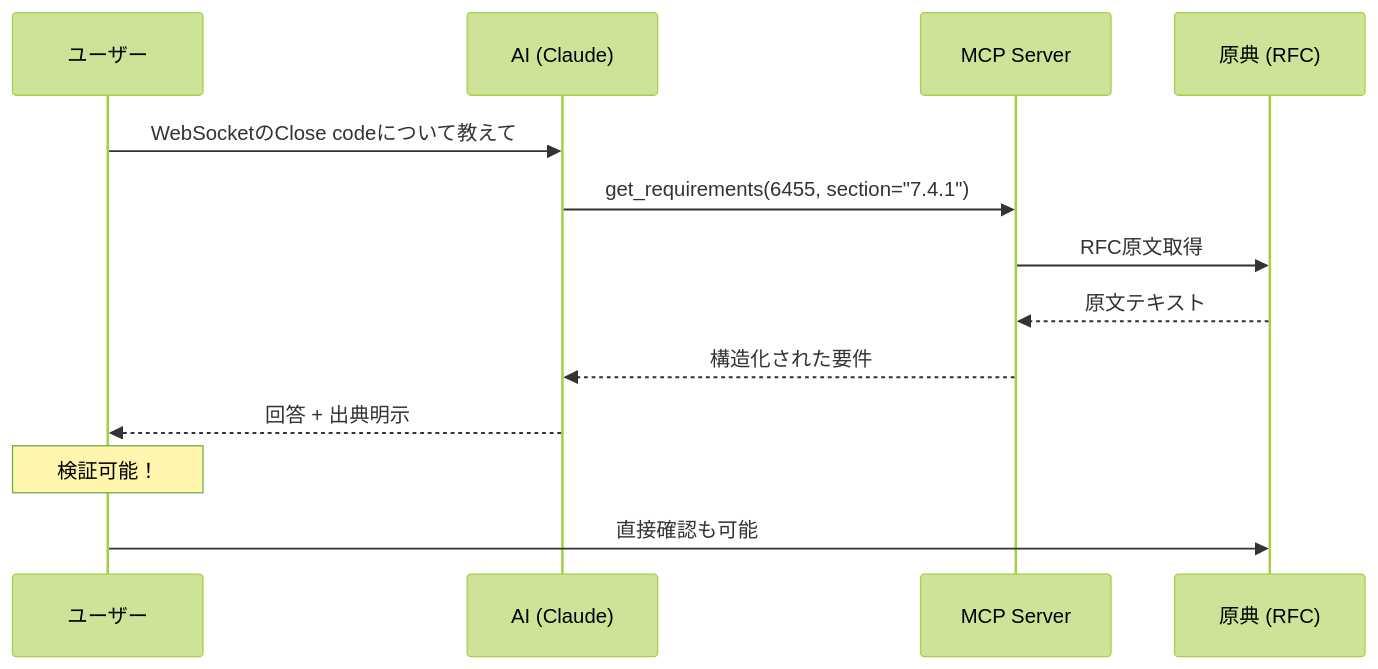
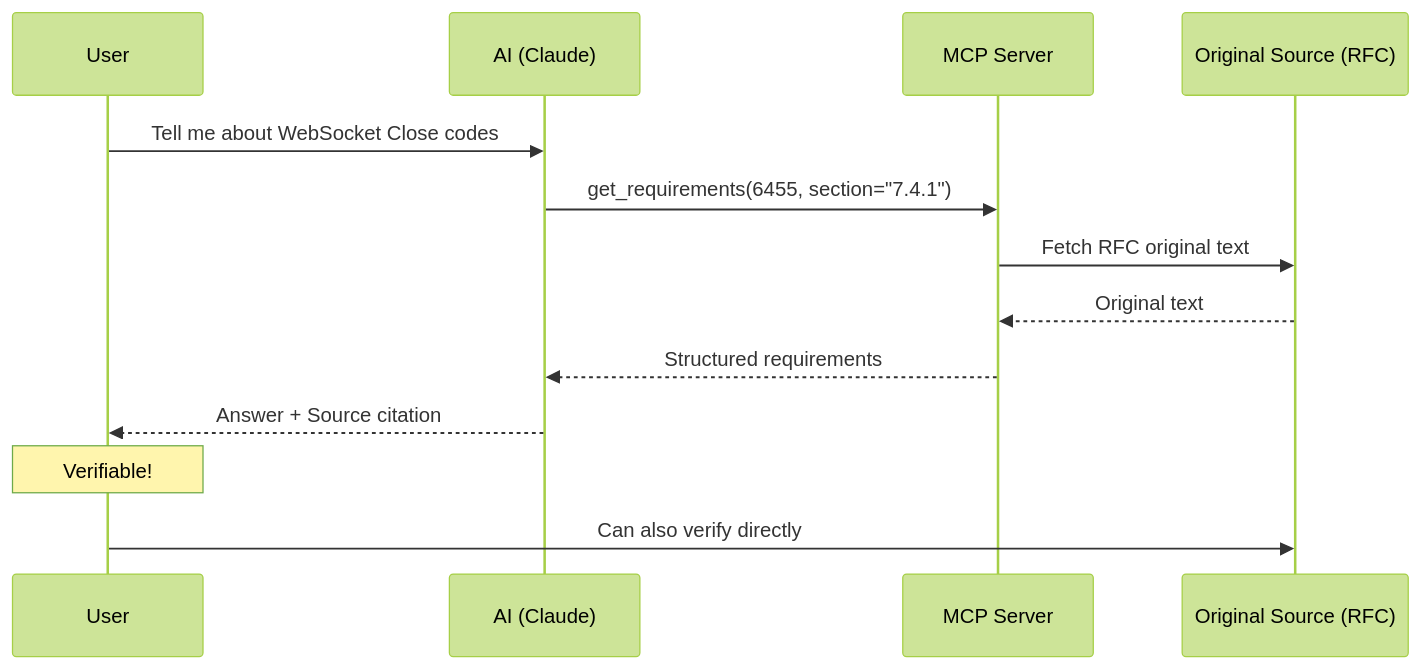
Before and after one commit to shuji-bonji/ai-agent-architecture: the eighth of 15 diagrams in docs/concepts/02-reference-sources.md, drawn with Mermaid (forest theme). The commit also changed other lines of this file and 42 other files, not shown here.

````diff
--- a/docs/concepts/02-reference-sources.md
+++ b/docs/concepts/02-reference-sources.md
@@ -277,17 +279,17 @@
 ```mermaid
 sequenceDiagram
-    participant User as ユーザー
+    participant User as User
     participant AI as AI (Claude)
     participant MCP as MCP Server
-    participant Source as 原典 (RFC)
+    participant Source as Original Source (RFC)
 
-    User->>AI: WebSocketのClose codeについて教えて
+    User->>AI: Tell me about WebSocket Close codes
     AI->>MCP: get_requirements(6455, section="7.4.1")
-    MCP->>Source: RFC原文取得
-    Source-->>MCP: 原文テキスト
-    MCP-->>AI: 構造化された要件
-    AI-->>User: 回答 + 出典明示
+    MCP->>Source: Fetch RFC original text
+    Source-->>MCP: Original text
+    MCP-->>AI: Structured requirements
+    AI-->>User: Answer + Source citation
 
-    Note over User: 検証可能！
-    User->>Source: 直接確認も可能
+    Note over User: Verifiable!
+    User->>Source: Can also verify directly
 ```
````
